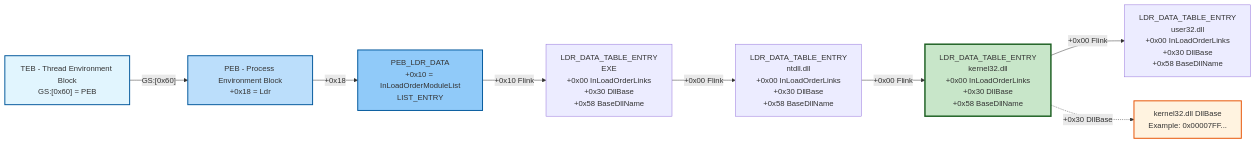
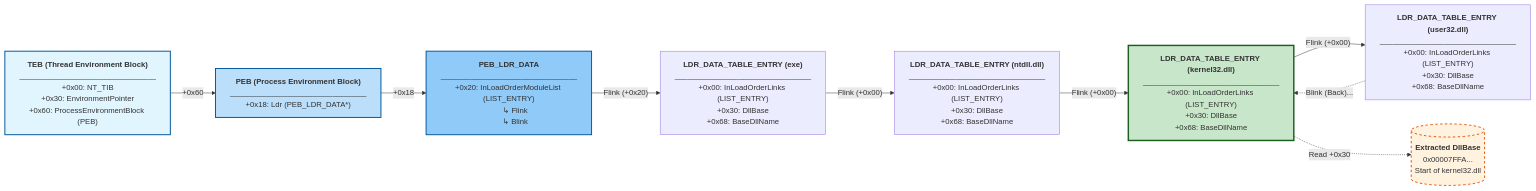
The third of 3 diagrams in content/Mitre Attack/Resource Development TA0042/Develop Capabilities T1587/Exploit/ShellCode/Windows x64 Assembly.md (adolfcna/ATTvDEF), drawn with Mermaid before and after one commit. The commit also changed other lines of this file, not shown here.

````diff
--- a/content/Mitre Attack/Resource Development TA0042/Develop Capabilities T1587/Exploit/ShellCode/Windows x64 Assembly.md
+++ b/content/Mitre Attack/Resource Development TA0042/Develop Capabilities T1587/Exploit/ShellCode/Windows x64 Assembly.md
@@ -162,35 +250,42 @@
 ```mermaid
 flowchart LR
+    %% TEB Structure
+    TEB["<b>TEB (Thread Environment Block)</b><br>________________________________<br>+0x00: NT_TIB<br>+0x30: EnvironmentPointer<br>+0x60: ProcessEnvironmentBlock (PEB)"]
+    
+    %% PEB Structure
+    PEB["<b>PEB (Process Environment Block)</b><br>________________________________<br>+0x18: Ldr (PEB_LDR_DATA*)"]
+    
+    %% PEB_LDR_DATA Structure
+    LDR["<b>PEB_LDR_DATA</b><br>________________________________<br>+0x20: InLoadOrderModuleList (LIST_ENTRY)<br>      ↳ Flink<br>      ↳ Blink"]
+    
+    %% LDR_DATA_TABLE_ENTRY (Module 1: exe)
+    Mod0["<b>LDR_DATA_TABLE_ENTRY (exe)</b><br>________________________________<br>+0x00: InLoadOrderLinks (LIST_ENTRY)<br>+0x30: DllBase<br>+0x68: BaseDllName"]
+    
+    %% LDR_DATA_TABLE_ENTRY (Module 2: ntdll)
+    Mod1["<b>LDR_DATA_TABLE_ENTRY (ntdll.dll)</b><br>________________________________<br>+0x00: InLoadOrderLinks (LIST_ENTRY)<br>+0x30: DllBase<br>+0x68: BaseDllName"]
+    
+    %% LDR_DATA_TABLE_ENTRY (Module 3: kernel32)
+    Mod2["<b>LDR_DATA_TABLE_ENTRY (kernel32.dll)</b><br>________________________________<br>+0x00: InLoadOrderLinks (LIST_ENTRY)<br>+0x30: DllBase<br>+0x68: BaseDllName"]
+    
+    %% LDR_DATA_TABLE_ENTRY (Module 4: user32)
+    Mod3["<b>LDR_DATA_TABLE_ENTRY (user32.dll)</b><br>________________________________<br>+0x00: InLoadOrderLinks (LIST_ENTRY)<br>+0x30: DllBase<br>+0x68: BaseDllName"]
 
-    TEB["TEB - Thread Environment Block<br/>GS:[0x60] = PEB"]
+    %% Pointers showing structural traversal
+    TEB -- "+0x60" --> PEB
+    PEB -- "+0x18" --> LDR
+    
+    LDR -- "Flink (+0x20)" --> Mod0
+    Mod0 -- "Flink (+0x00)" --> Mod1
+    Mod1 -- "Flink (+0x00)" --> Mod2
+    Mod2 -- "Flink (+0x00)" --> Mod3
+    Mod3 -.-> |"Blink (Back)"...| Mod2
 
-    PEB["PEB - Process Environment Block<br/>+0x18 = Ldr"]
-
-    LDR["PEB_LDR_DATA<br/>+0x10 = InLoadOrderModuleList<br/>LIST_ENTRY"]
-
-    EXE["LDR_DATA_TABLE_ENTRY<br/>EXE<br/>+0x00 InLoadOrderLinks<br/>+0x30 DllBase<br/>+0x58 BaseDllName"]
-
-    NTDLL["LDR_DATA_TABLE_ENTRY<br/>ntdll.dll<br/>+0x00 InLoadOrderLinks<br/>+0x30 DllBase<br/>+0x58 BaseDllName"]
-
-    K32["LDR_DATA_TABLE_ENTRY<br/>kernel32.dll<br/>+0x00 InLoadOrderLinks<br/>+0x30 DllBase<br/>+0x58 BaseDllName"]
-
-    USER32["LDR_DATA_TABLE_ENTRY<br/>user32.dll<br/>+0x00 InLoadOrderLinks<br/>+0x30 DllBase<br/>+0x58 BaseDllName"]
-
-    BASE["kernel32.dll DllBase<br/>Example: 0x00007FF..."]
-
-    TEB -->|"GS:[0x60]"| PEB
-    PEB -->|"+0x18"| LDR
-
-    LDR -->|"+0x10 Flink"| EXE
-    EXE -->|"+0x00 Flink"| NTDLL
-    NTDLL -->|"+0x00 Flink"| K32
-    K32 -->|"+0x00 Flink"| USER32
-
-    K32 -.->|"+0x30 DllBase"| BASE
-
+    %% Highlighting the final extraction
+    Mod2 -.-> |"Read +0x30"| BaseAddr[("<b>Extracted DllBase</b><br>0x00007FFA...<br>Start of kernel32.dll")]
+    
     style TEB fill:#e1f5fe,stroke:#01579b,stroke-width:2px
     style PEB fill:#bbdefb,stroke:#01579b,stroke-width:2px
     style LDR fill:#90caf9,stroke:#01579b,stroke-width:2px
-    style K32 fill:#c8e6c9,stroke:#1b5e20,stroke-width:3px
-    style BASE fill:#fff3e0,stroke:#e65100,stroke-width:2px
+    style Mod2 fill:#c8e6c9,stroke:#1b5e20,stroke-width:3px
+    style BaseAddr fill:#fff3e0,stroke:#e65100,stroke-width:2px,stroke-dasharray: 5 5
 ```
````
